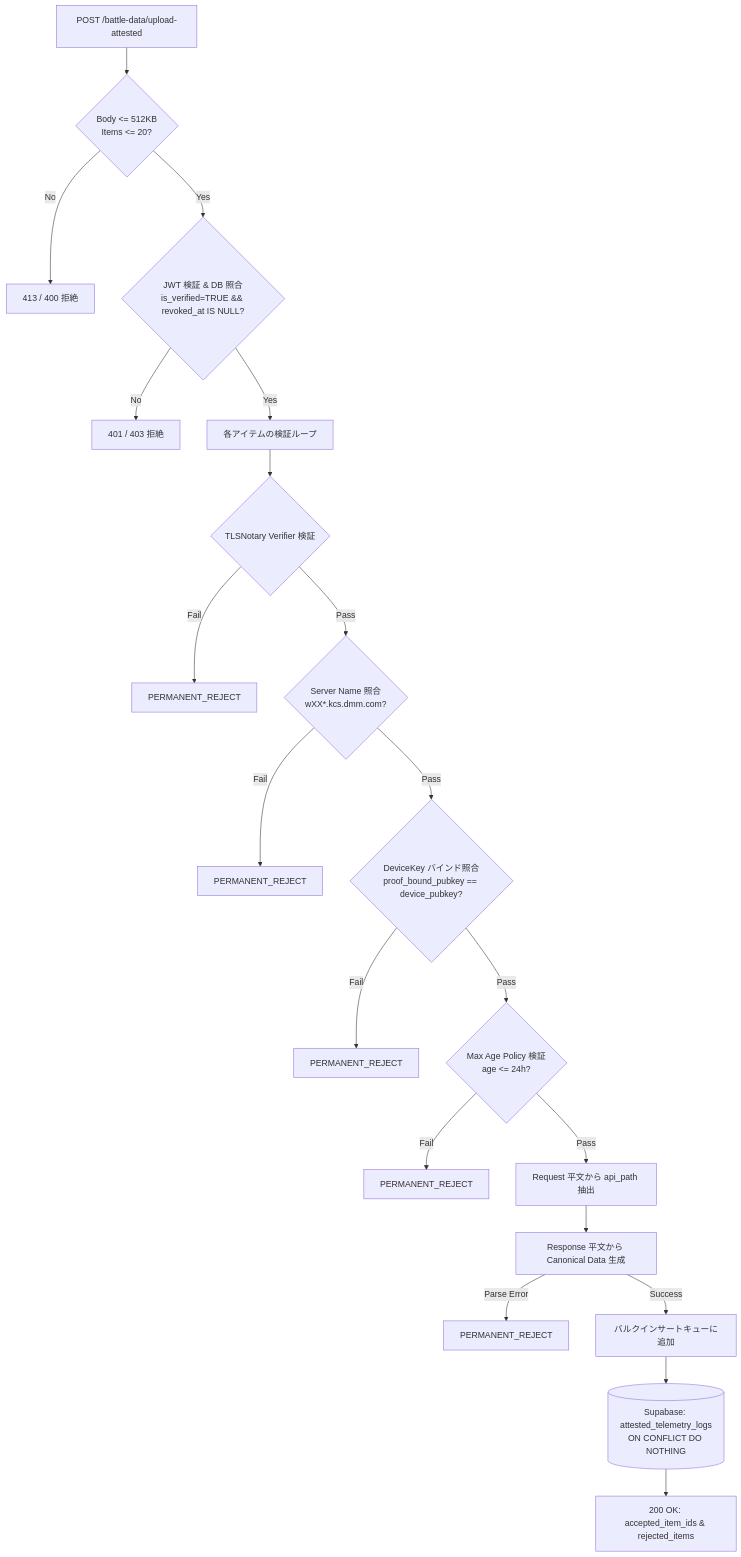
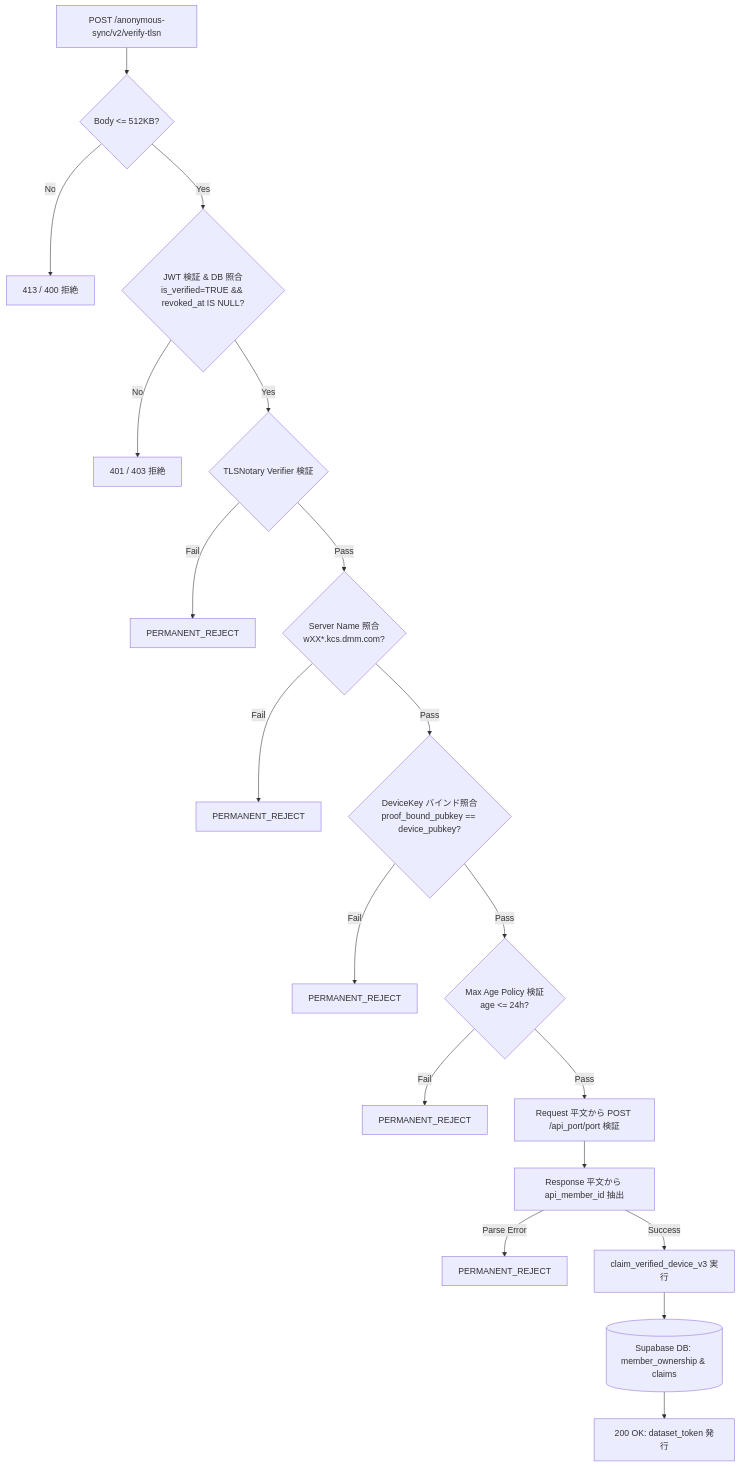
One commit to tsukasa-u/FUSOU changed the diagram in docs/operations/trusted-battle-and-telemetry-ingestion.md. Above: the diagram before and after it, drawn with Mermaid. The commit also changed other lines of this file and 1 other file, not shown here.

First line of the commit message:
docs(security): refine v1 scope to api_member_id proof, 0.5MB selective disclosure, and 12-step lock order

````diff
--- a/docs/operations/trusted-battle-and-telemetry-ingestion.md
+++ b/docs/operations/trusted-battle-and-telemetry-ingestion.md
@@ -450,25 +486,24 @@
 ```mermaid
 flowchart TD
-    Req[POST /battle-data/upload-attested] --> DoS{Body <= 512KB<br/>Items <= 20?}
+    Req[POST /anonymous-sync/v2/verify-tlsn] --> DoS{Body <= 512KB?}
     DoS -->|No| R_413[413 / 400 拒絶]
     DoS -->|Yes| Auth{JWT 検証 & DB 照合<br/>is_verified=TRUE && revoked_at IS NULL?}
     Auth -->|No| R_401[401 / 403 拒絶]
-    Auth -->|Yes| Loop[各アイテムの検証ループ]
+    Auth -->|Yes| V1{TLSNotary Verifier 検証}
 
-    Loop --> V1{TLSNotary Verifier 検証}
     V1 -->|Fail| E1[PERMANENT_REJECT]
     V1 -->|Pass| V2{Server Name 照合<br/>wXX*.kcs.dmm.com?}
     V2 -->|Fail| E2[PERMANENT_REJECT]
     V2 -->|Pass| V3{DeviceKey バインド照合<br/>proof_bound_pubkey == device_pubkey?}
     V3 -->|Fail| E3[PERMANENT_REJECT]
     V3 -->|Pass| V4{Max Age Policy 検証<br/>age <= 24h?}
     V4 -->|Fail| E4[PERMANENT_REJECT]
-    V4 -->|Pass| P1[Request 平文から api_path 抽出]
-    P1 --> P2[Response 平文から Canonical Data 生成]
+    V4 -->|Pass| P1[Request 平文から POST /api_port/port 検証]
+    P1 --> P2[Response 平文から api_member_id 抽出]
     
     P2 -->|Parse Error| E5[PERMANENT_REJECT]
-    P2 -->|Success| Bulk[バルクインサートキューに追加]
+    P2 -->|Success| RPC[claim_verified_device_v3 実行]
     
-    Bulk --> DB[(Supabase: attested_telemetry_logs<br/>ON CONFLICT DO NOTHING)]
-    DB --> Res[200 OK: accepted_item_ids & rejected_items]
+    RPC --> DB[(Supabase DB: member_ownership & claims)]
+    DB --> Res[200 OK: dataset_token 発行]
 ```
````
